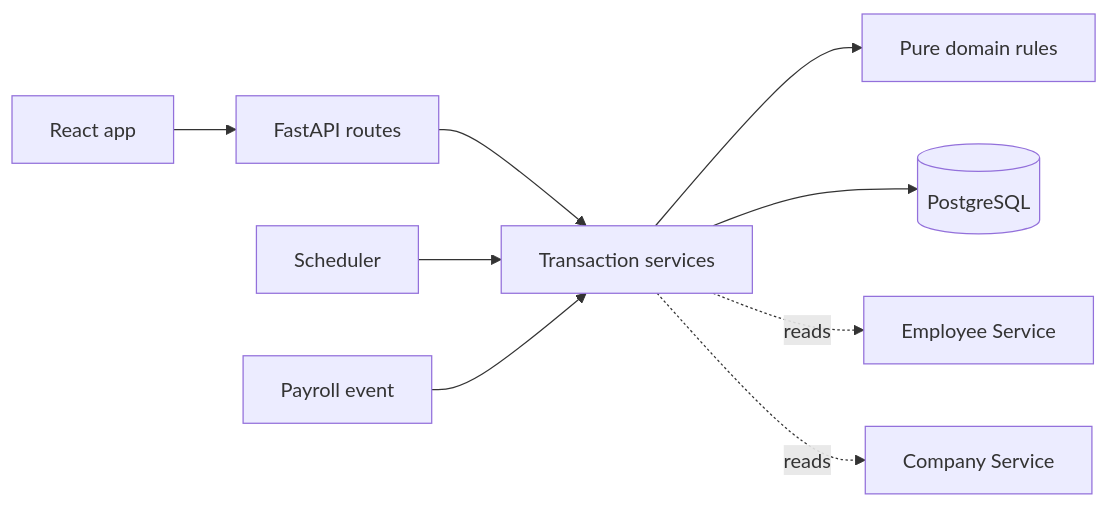
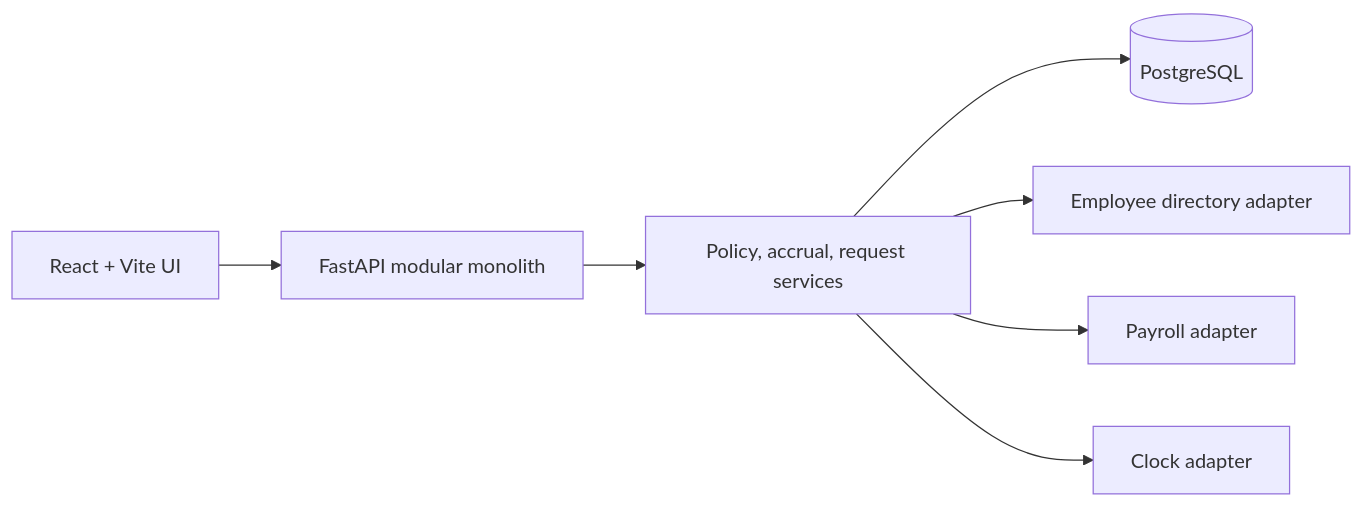
One commit to advaith334/warp-time-off-tracking changed the first of 3 diagrams in README.md. Above: the diagram before and after it, drawn with Mermaid. The commit also changed other lines of this file and 7 other files, not shown here.

````diff
--- a/README.md
+++ b/README.md
@@ -26,11 +59,9 @@
 ```mermaid
 flowchart LR
-    UI[React app] --> API[FastAPI routes]
-    API --> SVC[Transaction services]
-    SVC --> DOM[Pure domain rules]
-    SVC --> DB[(PostgreSQL)]
-    CRON[Scheduler] --> SVC
-    PAY[Payroll event] --> SVC
-    SVC -. reads .-> EMP[Employee Service]
-    SVC -. reads .-> CO[Company Service]
+    Browser[React + Vite UI] --> API[FastAPI modular monolith]
+    API --> Domain[Policy, accrual, request services]
+    Domain --> DB[(PostgreSQL)]
+    Domain --> Directory[Employee directory adapter]
+    Domain --> Payroll[Payroll adapter]
+    Domain --> Clock[Clock adapter]
 ```
````
